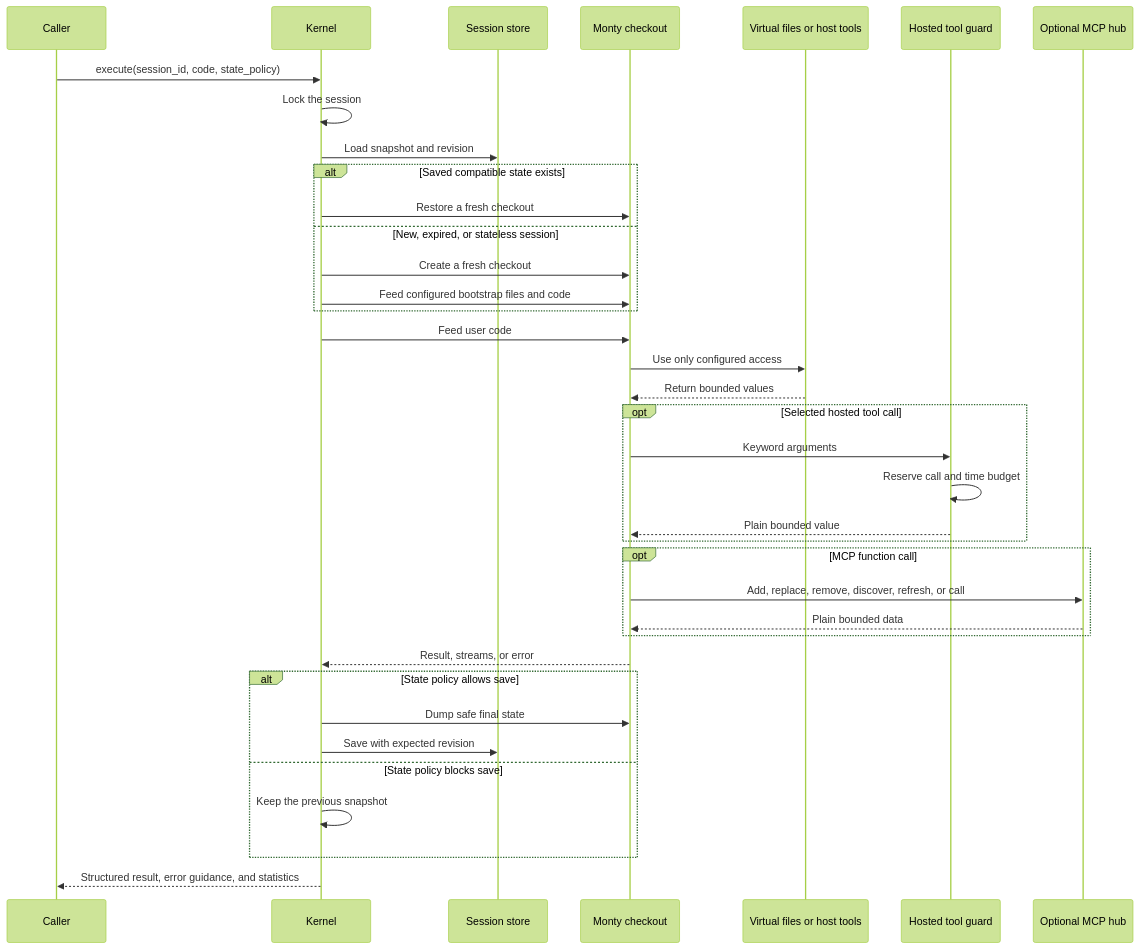
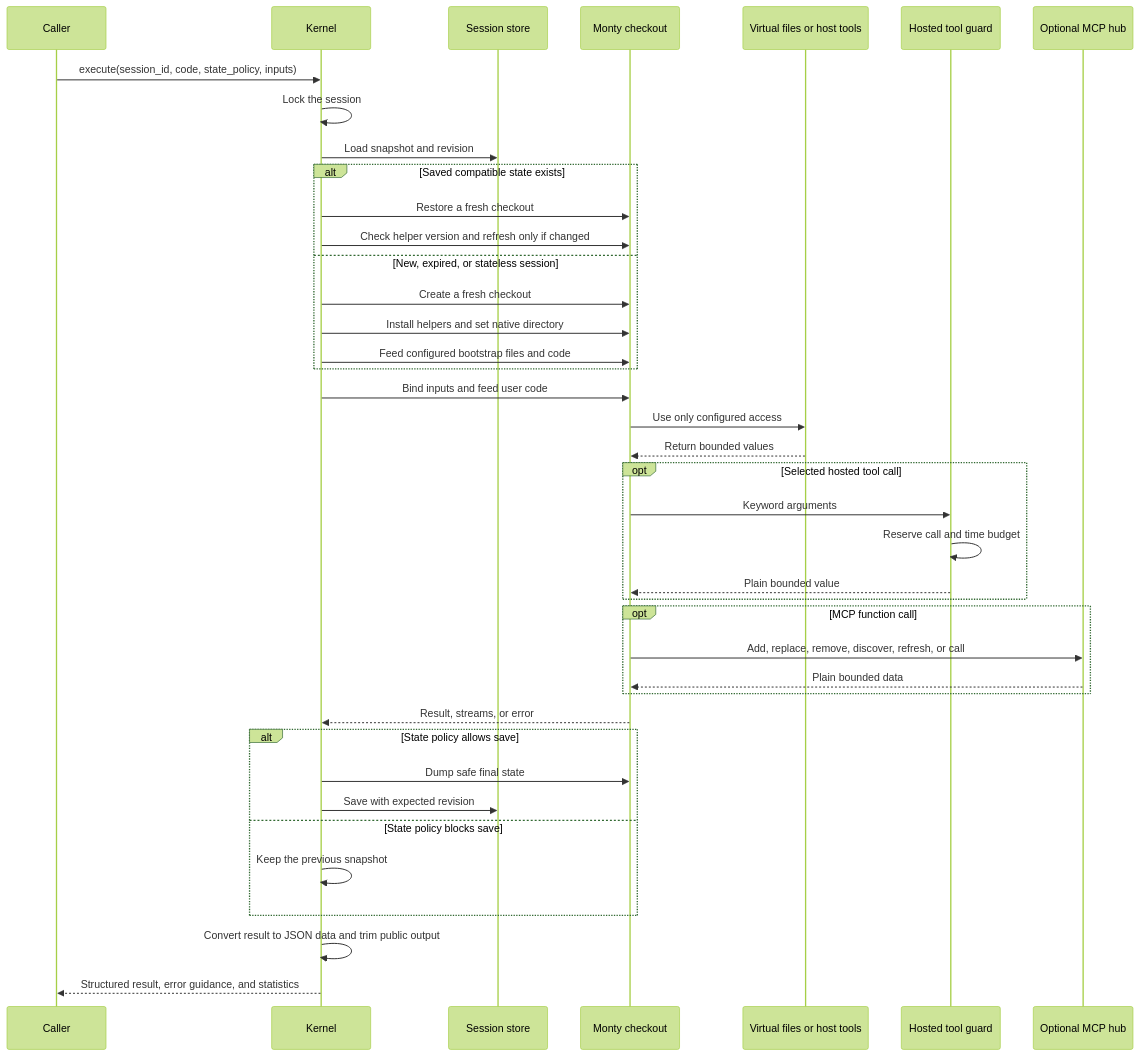
One commit to sgaseretto/arenero changed the second of 6 diagrams in docs/architecture.md. Above: the diagram before and after it, drawn with Mermaid (forest theme). The commit also changed other lines of this file and 26 other files, not shown here.

````diff
--- a/docs/architecture.md
+++ b/docs/architecture.md
@@ -136,40 +137,43 @@
 ```mermaid
 sequenceDiagram
     participant C as Caller
     participant K as Kernel
     participant S as Session store
     participant M as Monty checkout
     participant F as Virtual files or host tools
     participant T as Hosted tool guard
     participant H as Optional MCP hub
 
-    C->>K: execute(session_id, code, state_policy)
+    C->>K: execute(session_id, code, state_policy, inputs)
     K->>K: Lock the session
     K->>S: Load snapshot and revision
     alt Saved compatible state exists
         K->>M: Restore a fresh checkout
+        K->>M: Check helper version and refresh only if changed
     else New, expired, or stateless session
         K->>M: Create a fresh checkout
+        K->>M: Install helpers and set native directory
         K->>M: Feed configured bootstrap files and code
     end
-    K->>M: Feed user code
+    K->>M: Bind inputs and feed user code
     M->>F: Use only configured access
     F-->>M: Return bounded values
     opt Selected hosted tool call
         M->>T: Keyword arguments
         T->>T: Reserve call and time budget
         T-->>M: Plain bounded value
     end
     opt MCP function call
         M->>H: Add, replace, remove, discover, refresh, or call
         H-->>M: Plain bounded data
     end
     M-->>K: Result, streams, or error
     alt State policy allows save
         K->>M: Dump safe final state
         K->>S: Save with expected revision
     else State policy blocks save
         K->>K: Keep the previous snapshot
     end
+    K->>K: Convert result to JSON data and trim public output
     K-->>C: Structured result, error guidance, and statistics
 ```
````
